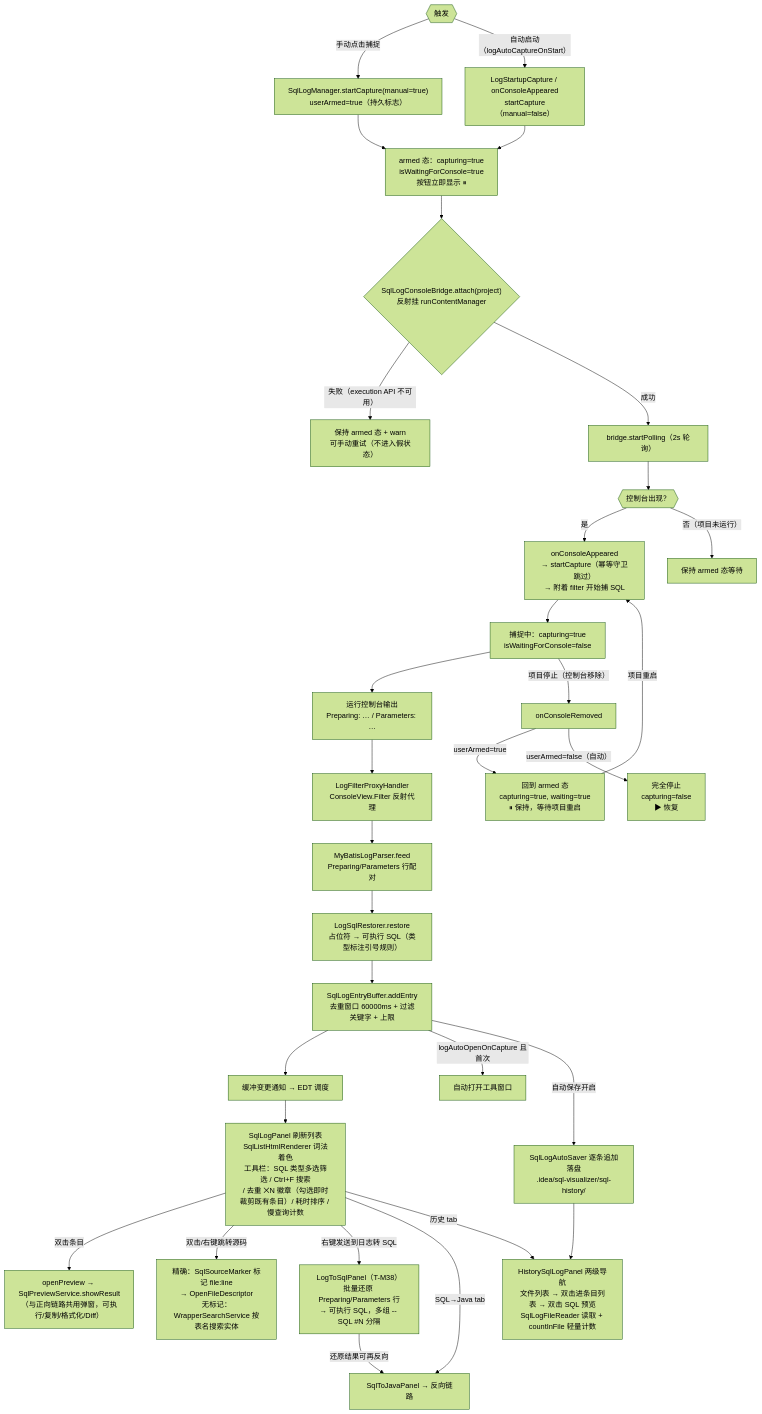
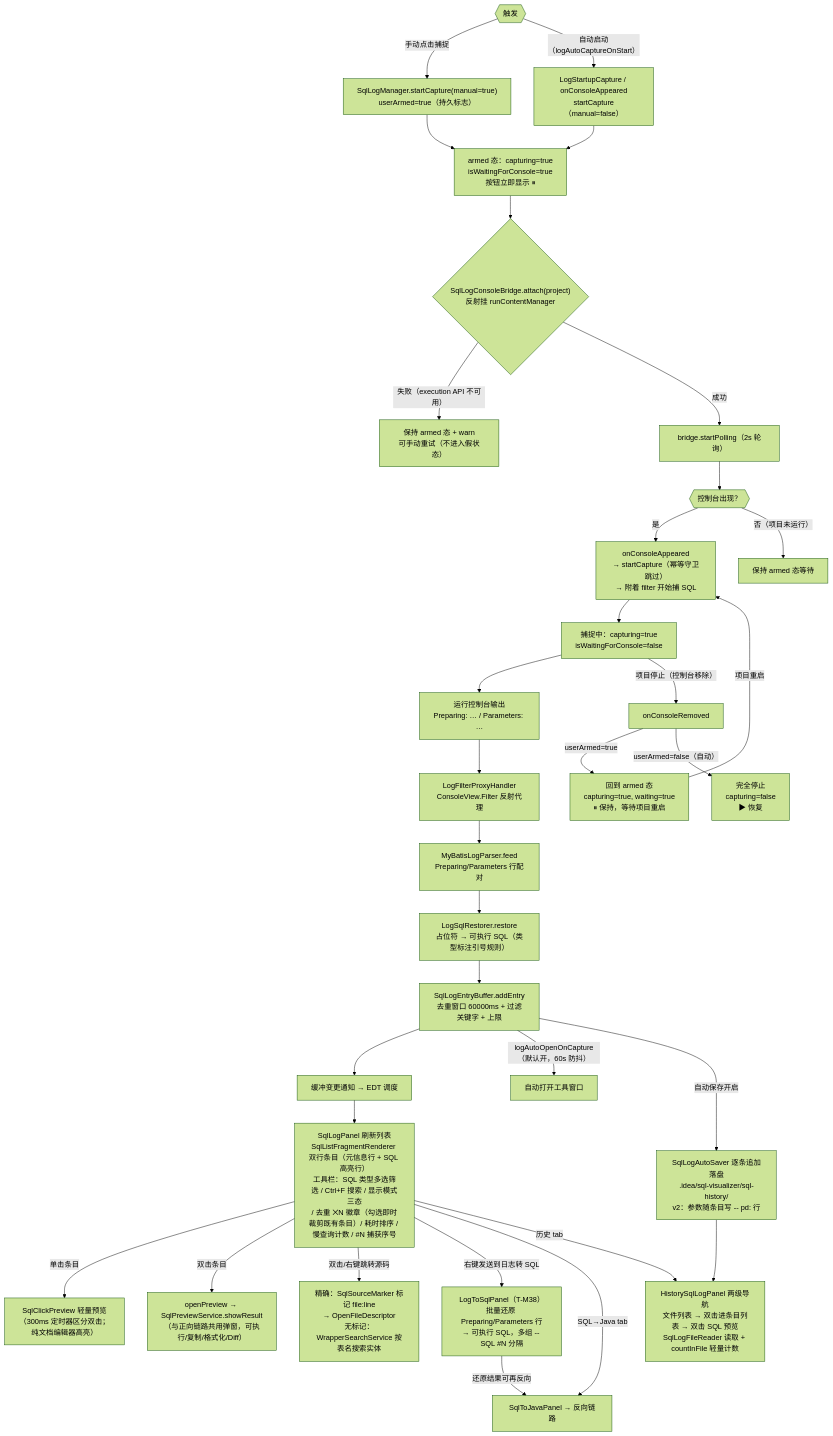
Before and after one commit to JayF211/mybatis-plus-sql-visualizer: the ninth of 13 diagrams in docs/架构设计/02-核心流程详解.md, drawn with Mermaid (forest theme). The commit also changed other lines of this file and 4 other files, not shown here.

Commit message:
docs: 架构设计系列同步 dev 当前基线——触发面 gutter 9→13、JOIN 原生 Diagrams 双引擎（§7 新章）/免重启热替换 DynamicInstallSupport（自更新重写）/历史参数持久化 v2/psource·feedback 新包入册、ConverterRegistry 10→11+EQ/MDS/QD 前置派发、测试基线 295类/3788用例（2026-09-12）、发布流程免重启口径与 262 签名护栏、触发面清单补 3 provider 行、EXPLAIN 汉化文案

````diff
--- a/docs/架构设计/02-核心流程详解.md
+++ b/docs/架构设计/02-核心流程详解.md
@@ -299,34 +299,35 @@
 ```mermaid
 flowchart TD
     START{{"触发"}} -->|"手动点击捕捉"| MAN["SqlLogManager.startCapture(manual=true)<br/>userArmed=true（持久标志）"]
     START{{"触发"}} -->|"自动启动（logAutoCaptureOnStart）"| AUTO["LogStartupCapture / onConsoleAppeared<br/>startCapture（manual=false）"]
     MAN --> ARM["armed 态：capturing=true<br/>isWaitingForConsole=true<br/>按钮立即显示 ⏸"]
     AUTO --> ARM
     ARM --> ATT{"SqlLogConsoleBridge.attach(project)<br/>反射挂 runContentManager"}
     ATT -->|"失败（execution API 不可用）"| FAIL["保持 armed 态 + warn<br/>可手动重试（不进入假状态）"]
     ATT -->|"成功"| POLL["bridge.startPolling（2s 轮询）"]
     POLL --> CONSOLE{{"控制台出现？"}}
     CONSOLE -->|"是"| APPEAR["onConsoleAppeared<br/>→ startCapture（幂等守卫跳过）<br/>→ 附着 filter 开始捕 SQL"]
     CONSOLE -->|"否（项目未运行）"| WAIT["保持 armed 态等待"]
     APPEAR --> CAP["捕捉中：capturing=true<br/>isWaitingForConsole=false"]
     CAP --> CON["运行控制台输出<br/>Preparing: … / Parameters: …"]
     CON --> FILTER["LogFilterProxyHandler<br/>ConsoleView.Filter 反射代理"]
     FILTER --> PARSE["MyBatisLogParser.feed<br/>Preparing/Parameters 行配对"]
     PARSE --> RESTORE["LogSqlRestorer.restore<br/>占位符 → 可执行 SQL（类型标注引号规则）"]
     RESTORE --> BUF["SqlLogEntryBuffer.addEntry<br/>去重窗口 60000ms + 过滤关键字 + 上限"]
     BUF --> UI["缓冲变更通知 → EDT 调度"]
-    UI --> PANEL["SqlLogPanel 刷新列表<br/>SqlListHtmlRenderer 词法着色<br/>工具栏：SQL 类型多选筛选 / Ctrl+F 搜索<br/>/ 去重 ⨉N 徽章（勾选即时裁剪既有条目）/ 耗时排序 / 慢查询计数"]
-    BUF -->|"logAutoOpenOnCapture 且首次"| OPEN["自动打开工具窗口"]
-    BUF -->|"自动保存开启"| DISK["SqlLogAutoSaver 逐条追加落盘<br/>.idea/sql-visualizer/sql-history/"]
+    UI --> PANEL["SqlLogPanel 刷新列表<br/>SqlListFragmentRenderer 双行条目（元信息行 + SQL 高亮行）<br/>工具栏：SQL 类型多选筛选 / Ctrl+F 搜索 / 显示模式三态<br/>/ 去重 ⨉N 徽章（勾选即时裁剪既有条目）/ 耗时排序 / 慢查询计数 / #N 捕获序号"]
+    BUF -->|"logAutoOpenOnCapture（默认开，60s 防抖）"| OPEN["自动打开工具窗口"]
+    BUF -->|"自动保存开启"| DISK["SqlLogAutoSaver 逐条追加落盘<br/>.idea/sql-visualizer/sql-history/<br/>v2：参数随条目写 -- pd: 行"]
+    PANEL -->|"单击条目"| CLICK["SqlClickPreview 轻量预览<br/>（300ms 定时器区分双击；纯文档编辑器高亮）"]
     PANEL -->|"双击条目"| PREV["openPreview → SqlPreviewService.showResult<br/>（与正向链路共用弹窗，可执行/复制/格式化/Diff）"]
     PANEL -->|"双击/右键跳转源码"| JUMP["精确：SqlSourceMarker 标记 file:line<br/>→ OpenFileDescriptor<br/>无标记：WrapperSearchService 按表名搜索实体"]
     PANEL -->|"右键发送到日志转 SQL"| LTS["LogToSqlPanel（T-M38）<br/>批量还原 Preparing/Parameters 行<br/>→ 可执行 SQL，多组 -- SQL #N 分隔"]
     PANEL -->|"SQL→Java tab"| REV["SqlToJavaPanel → 反向链路"]
     PANEL -->|"历史 tab"| HIST["HistorySqlLogPanel 两级导航<br/>文件列表 → 双击进条目列表 → 双击 SQL 预览<br/>SqlLogFileReader 读取 + countInFile 轻量计数"]
     DISK --> HIST
     LTS -->|"还原结果可再反向"| REV
     CAP -->|"项目停止（控制台移除）"| REMOVED["onConsoleRemoved"]
     REMOVED -->|"userArmed=true"| BACK_TO_ARMED["回到 armed 态<br/>capturing=true, waiting=true<br/>⏸ 保持，等待项目重启"]
     REMOVED -->|"userArmed=false（自动）"| STOP["完全停止<br/>capturing=false<br/>▶ 恢复"]
     BACK_TO_ARMED -->|"项目重启"| APPEAR
 ```
````
